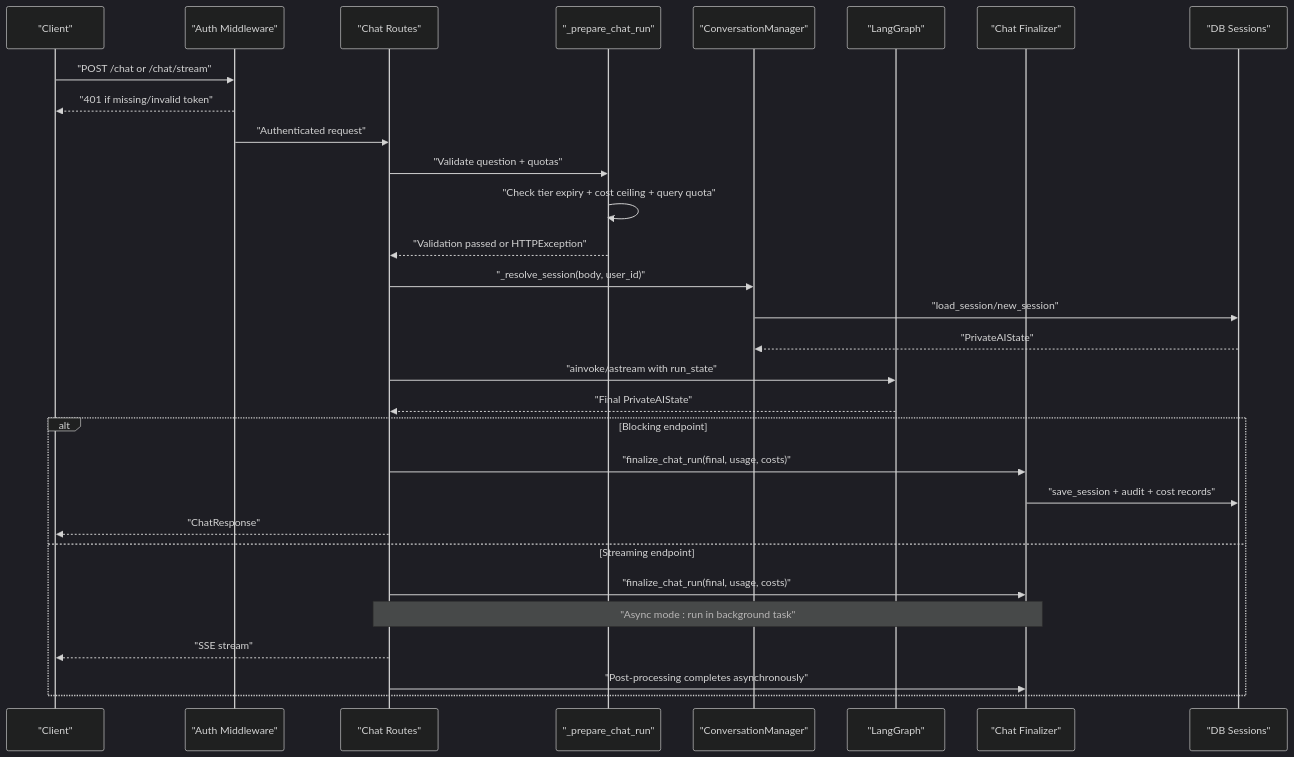
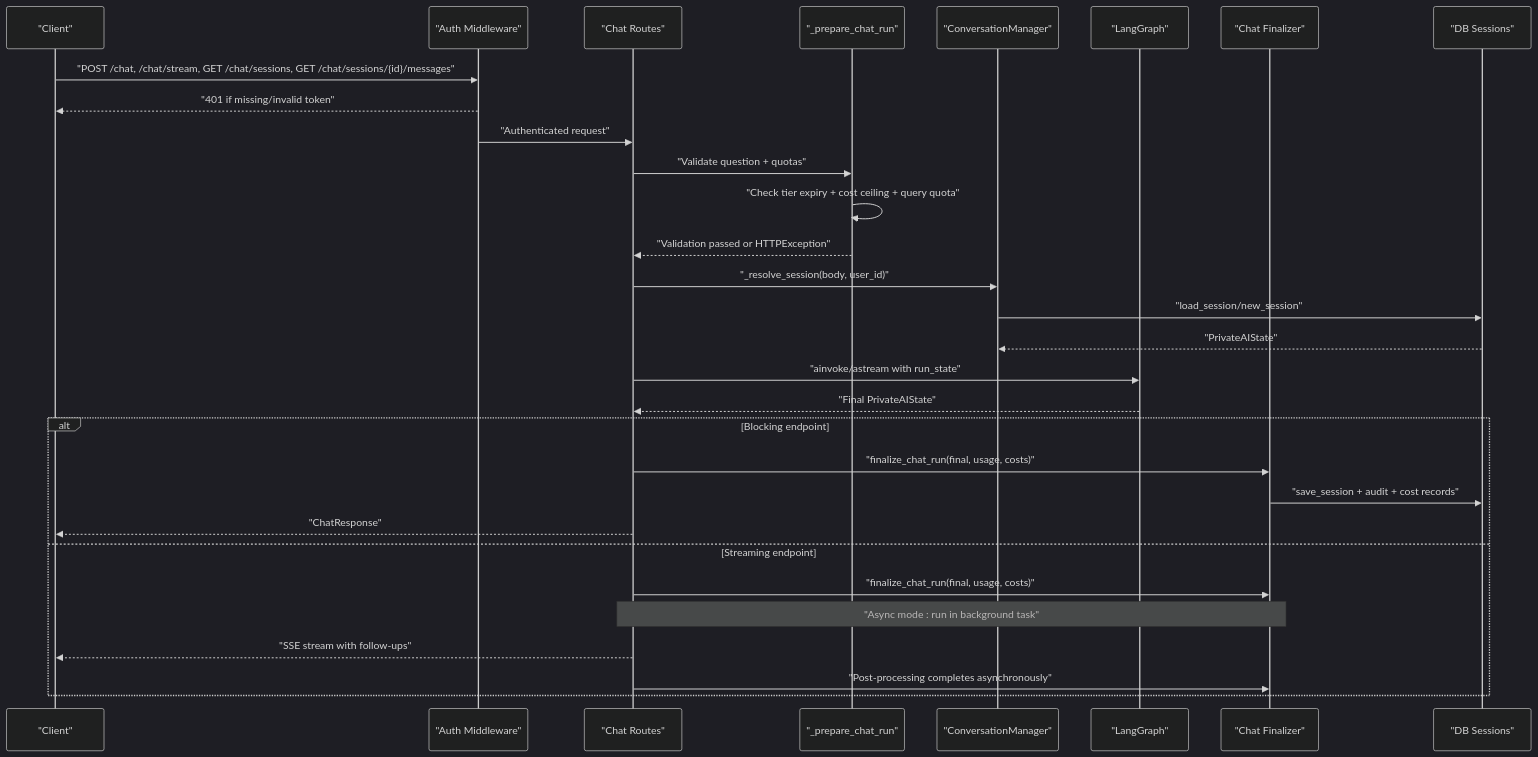
One commit to genes8/private-ai changed the second of 7 diagrams in .qoder/repowiki/en/content/Backend Development/API Endpoints/Chat Endpoints.md. Above: the diagram before and after it, drawn with Mermaid (dark theme). The commit also changed other lines of this file and 36 other files, not shown here.

````diff
--- a/.qoder/repowiki/en/content/Backend Development/API Endpoints/Chat Endpoints.md
+++ b/.qoder/repowiki/en/content/Backend Development/API Endpoints/Chat Endpoints.md
@@ -153,32 +165,32 @@
 ```mermaid
 sequenceDiagram
 participant Client as "Client"
 participant Auth as "Auth Middleware"
 participant Routes as "Chat Routes"
 participant Preflight as "_prepare_chat_run"
 participant Conv as "ConversationManager"
 participant Graph as "LangGraph"
 participant Finalizer as "Chat Finalizer"
 participant DB as "DB Sessions"
-Client->>Auth : "POST /chat or /chat/stream"
+Client->>Auth : "POST /chat, /chat/stream, GET /chat/sessions, GET /chat/sessions/{id}/messages"
 Auth-->>Client : "401 if missing/invalid token"
 Auth->>Routes : "Authenticated request"
 Routes->>Preflight : "Validate question + quotas"
 Preflight->>Preflight : "Check tier expiry + cost ceiling + query quota"
 Preflight-->>Routes : "Validation passed or HTTPException"
 Routes->>Conv : "_resolve_session(body, user_id)"
 Conv->>DB : "load_session/new_session"
 DB-->>Conv : "PrivateAIState"
 Routes->>Graph : "ainvoke/astream with run_state"
 Graph-->>Routes : "Final PrivateAIState"
 alt Blocking endpoint
 Routes->>Finalizer : "finalize_chat_run(final, usage, costs)"
 Finalizer->>DB : "save_session + audit + cost records"
 Routes-->>Client : "ChatResponse"
 else Streaming endpoint
 Routes->>Finalizer : "finalize_chat_run(final, usage, costs)"
 Note over Routes,Finalizer : "Async mode : run in background task"
-Routes-->>Client : "SSE stream"
+Routes-->>Client : "SSE stream with follow-ups"
 Routes->>Finalizer : "Post-processing completes asynchronously"
 end
 ```
````
